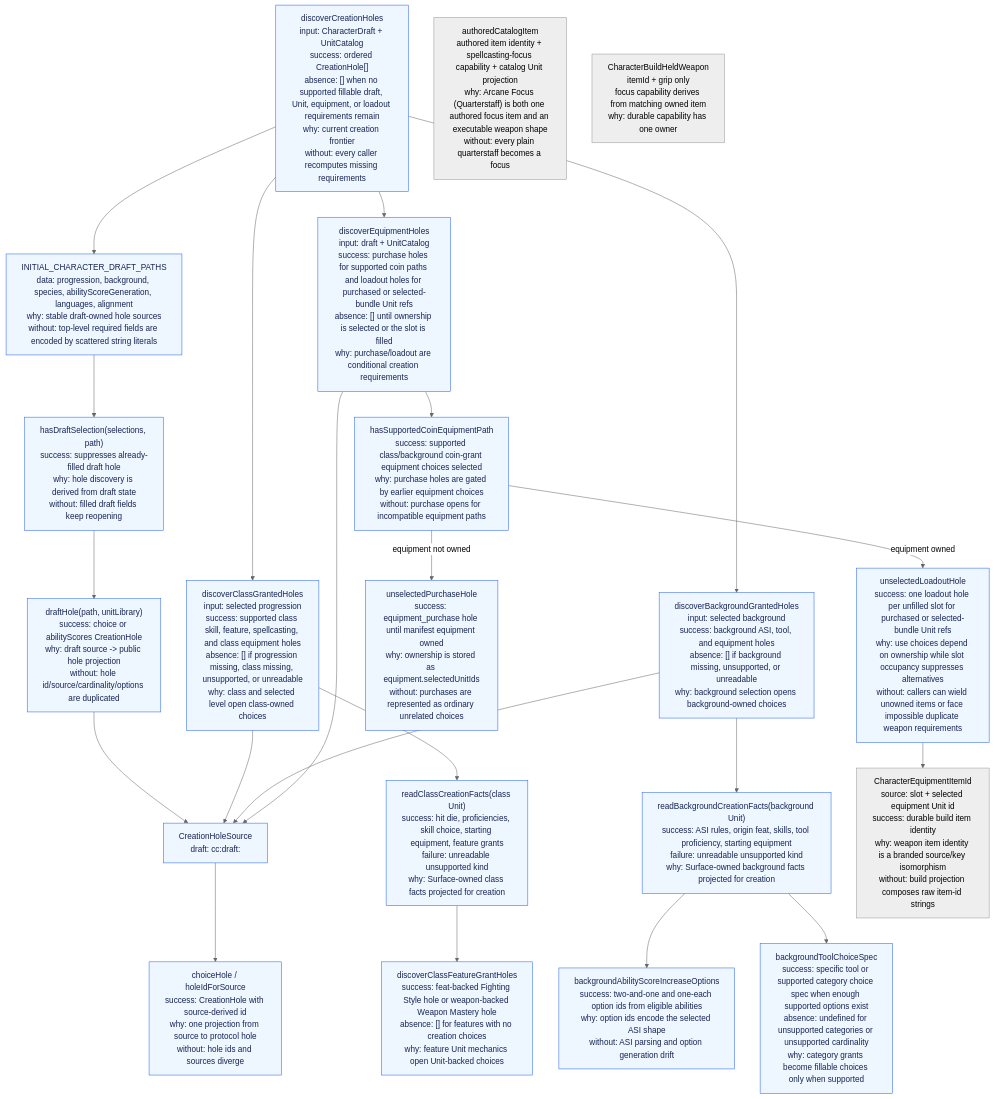
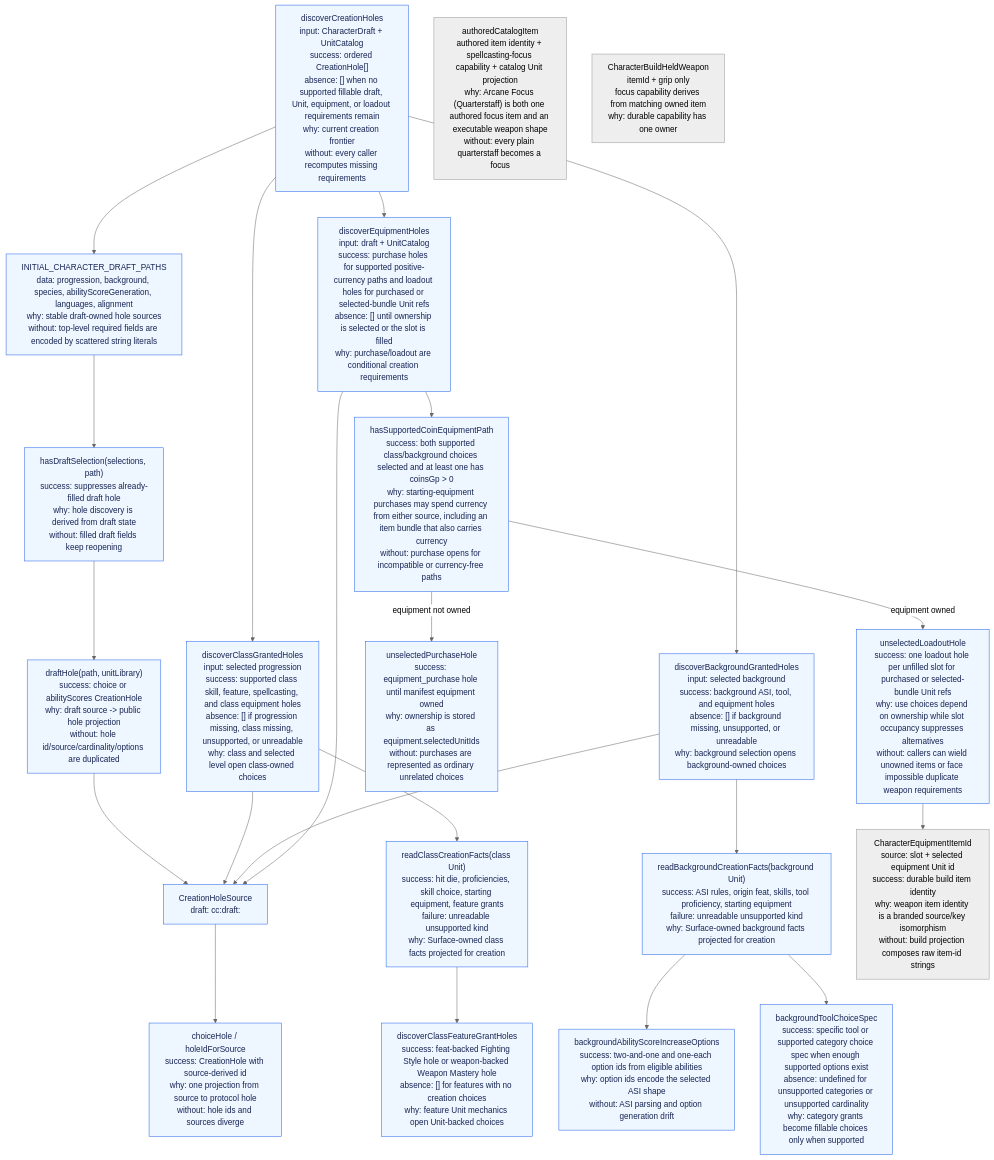
One commit to dearlordylord/5e-quint changed the second of 3 diagrams in packages/character-creation-runtime/ARCHITECTURE_GRAPH.md. Above: the diagram before and after it, drawn with Mermaid (neutral theme). The commit also changed other lines of this file and 9 other files, not shown here.

Commit message:
fix(character-creation): converge currency formal review

````diff
--- a/packages/character-creation-runtime/ARCHITECTURE_GRAPH.md
+++ b/packages/character-creation-runtime/ARCHITECTURE_GRAPH.md
@@ -83,45 +83,45 @@
 ```mermaid
 flowchart TD
   Discover["discoverCreationHoles<br/>input: CharacterDraft + UnitCatalog<br/>success: ordered CreationHole[]<br/>absence: [] when no supported fillable draft, Unit, equipment, or loadout requirements remain<br/>why: current creation frontier<br/>without: every caller recomputes missing requirements"]
   DraftPaths["INITIAL_CHARACTER_DRAFT_PATHS<br/>data: progression, background, species, abilityScoreGeneration, languages, alignment<br/>why: stable draft-owned hole sources<br/>without: top-level required fields are encoded by scattered string literals"]
   DraftHole["draftHole(path, unitLibrary)<br/>success: choice or abilityScores CreationHole<br/>why: draft source -> public hole projection<br/>without: hole id/source/cardinality/options are duplicated"]
   HasDraftSelection["hasDraftSelection(selections, path)<br/>success: suppresses already-filled draft hole<br/>why: hole discovery is derived from draft state<br/>without: filled draft fields keep reopening"]
 
   ClassGranted["discoverClassGrantedHoles<br/>input: selected progression<br/>success: supported class skill, feature, spellcasting, and class equipment holes<br/>absence: [] if progression missing, class missing, unsupported, or unreadable<br/>why: class and selected level open class-owned choices"]
   ReadClass["readClassCreationFacts(class Unit)<br/>success: hit die, proficiencies, skill choice, starting equipment, feature grants<br/>failure: unreadable unsupported kind<br/>why: Surface-owned class facts projected for creation"]
   FeatureHole["discoverClassFeatureGrantHoles<br/>success: feat-backed Fighting Style hole or weapon-backed Weapon Mastery hole<br/>absence: [] for features with no creation choices<br/>why: feature Unit mechanics open Unit-backed choices"]
 
   BackgroundGranted["discoverBackgroundGrantedHoles<br/>input: selected background<br/>success: background ASI, tool, and equipment holes<br/>absence: [] if background missing, unsupported, or unreadable<br/>why: background selection opens background-owned choices"]
   ReadBackground["readBackgroundCreationFacts(background Unit)<br/>success: ASI rules, origin feat, skills, tool proficiency, starting equipment<br/>failure: unreadable unsupported kind<br/>why: Surface-owned background facts projected for creation"]
   BackgroundAsi["backgroundAbilityScoreIncreaseOptions<br/>success: two-and-one and one-each option ids from eligible abilities<br/>why: option ids encode the selected ASI shape<br/>without: ASI parsing and option generation drift"]
   BackgroundTool["backgroundToolChoiceSpec<br/>success: specific tool or supported category choice spec when enough supported options exist<br/>absence: undefined for unsupported categories or unsupported cardinality<br/>why: category grants become fillable choices only when supported"]
 
-  Equipment["discoverEquipmentHoles<br/>input: draft + UnitCatalog<br/>success: purchase holes for supported coin paths and loadout holes for purchased or selected-bundle Unit refs<br/>absence: [] until ownership is selected or the slot is filled<br/>why: purchase/loadout are conditional creation requirements"]
-  CoinPath["hasSupportedCoinEquipmentPath<br/>success: supported class/background coin-grant equipment choices selected<br/>why: purchase holes are gated by earlier equipment choices<br/>without: purchase opens for incompatible equipment paths"]
+  Equipment["discoverEquipmentHoles<br/>input: draft + UnitCatalog<br/>success: purchase holes for supported positive-currency paths and loadout holes for purchased or selected-bundle Unit refs<br/>absence: [] until ownership is selected or the slot is filled<br/>why: purchase/loadout are conditional creation requirements"]
+  CoinPath["hasSupportedCoinEquipmentPath<br/>success: both supported class/background choices selected and at least one has coinsGp > 0<br/>why: starting-equipment purchases may spend currency from either source, including an item bundle that also carries currency<br/>without: purchase opens for incompatible or currency-free paths"]
   Purchase["unselectedPurchaseHole<br/>success: equipment_purchase hole until manifest equipment owned<br/>why: ownership is stored as equipment.selectedUnitIds<br/>without: purchases are represented as ordinary unrelated choices"]
   Loadout["unselectedLoadoutHole<br/>success: one loadout hole per unfilled slot for purchased or selected-bundle Unit refs<br/>why: use choices depend on ownership while slot occupancy suppresses alternatives<br/>without: callers can wield unowned items or face impossible duplicate weapon requirements"]
 
   Source["CreationHoleSource<br/>draft: cc:draft:<path><br/>unitChoice: cc:unit-source:<UnitChoiceSourceKey><br/>loadout: cc:loadout-source:<LoadoutSourceKey><br/>why: semantic source address for stable hole ids<br/>without: hole identity is arbitrary display text"]
   ChoiceHole["choiceHole / holeIdForSource<br/>success: CreationHole with source-derived id<br/>why: one projection from source to protocol hole<br/>without: hole ids and sources diverge"]
   EquipmentItemId["CharacterEquipmentItemId<br/>source: slot + selected equipment Unit id<br/>success: durable build item identity<br/>why: weapon item identity is a branded source/key isomorphism<br/>without: build projection composes raw item-id strings"]
   AuthoredCatalogItem["authoredCatalogItem<br/>authored item identity + spellcasting-focus capability + catalog Unit projection<br/>why: Arcane Focus (Quarterstaff) is both one authored focus item and an executable weapon shape<br/>without: every plain quarterstaff becomes a focus"]
   LoadoutReference["CharacterBuildHeldWeapon<br/>itemId + grip only<br/>focus capability derives from matching owned item<br/>why: durable capability has one owner"]
 
   Discover --> DraftPaths --> HasDraftSelection --> DraftHole
   Discover --> ClassGranted --> ReadClass --> FeatureHole
   Discover --> BackgroundGranted --> ReadBackground
   ReadBackground --> BackgroundAsi
   ReadBackground --> BackgroundTool
   Discover --> Equipment --> CoinPath
   CoinPath -->|equipment not owned| Purchase
   CoinPath -->|equipment owned| Loadout
   DraftHole --> Source
   Loadout --> EquipmentItemId
   ClassGranted --> Source
   BackgroundGranted --> Source
   Equipment --> Source
   Source --> ChoiceHole
 
   classDef implemented fill:#eef6ff,stroke:#2563eb,color:#172554;
   class Discover,DraftPaths,DraftHole,HasDraftSelection,ClassGranted,ReadClass,FeatureHole,BackgroundGranted,ReadBackground,BackgroundAsi,BackgroundTool,Equipment,CoinPath,Purchase,Loadout,Source,ChoiceHole implemented;
 ```
````
